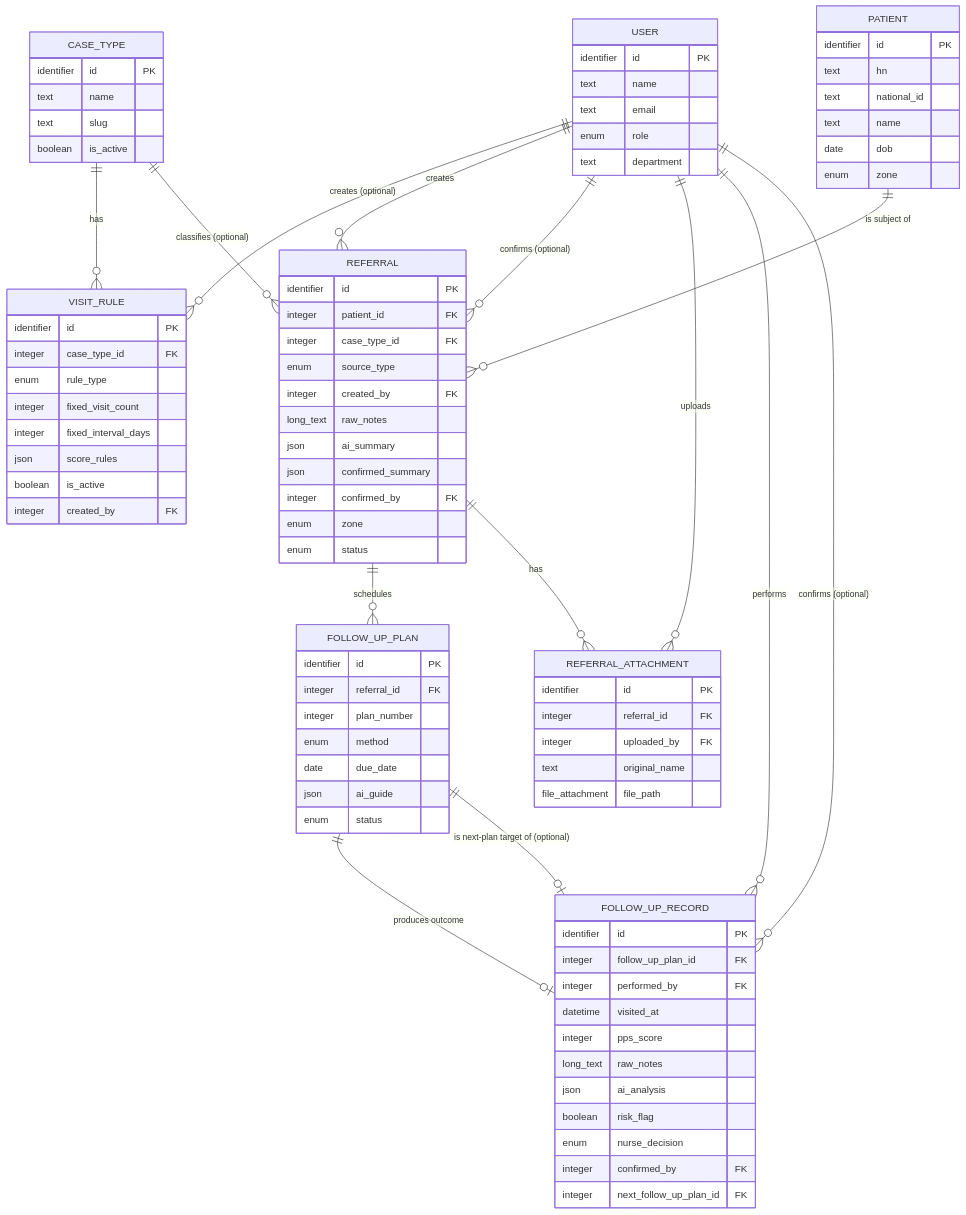
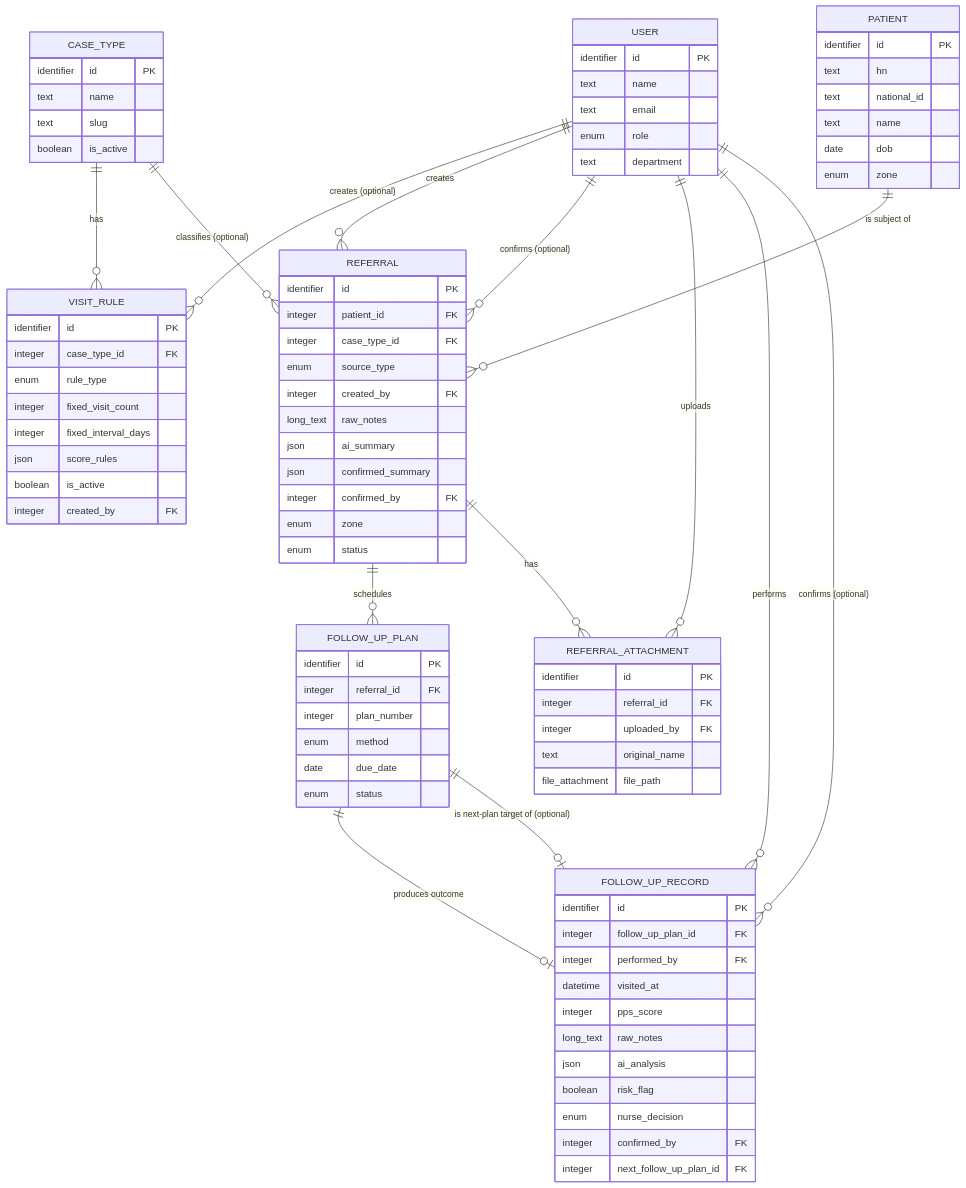
The diagram in docs/database/DATABASE_SPEC.md (nutapaos-adt/TripleC), drawn with Mermaid before and after one commit. The commit also changed other lines of this file and 6 other files, not shown here.

```diff
--- a/docs/database/DATABASE_SPEC.md
+++ b/docs/database/DATABASE_SPEC.md
@@ -103,7 +101,6 @@
         integer plan_number
         enum method
         date due_date
-        json ai_guide
         enum status
     }
     FOLLOW_UP_RECORD {
```
